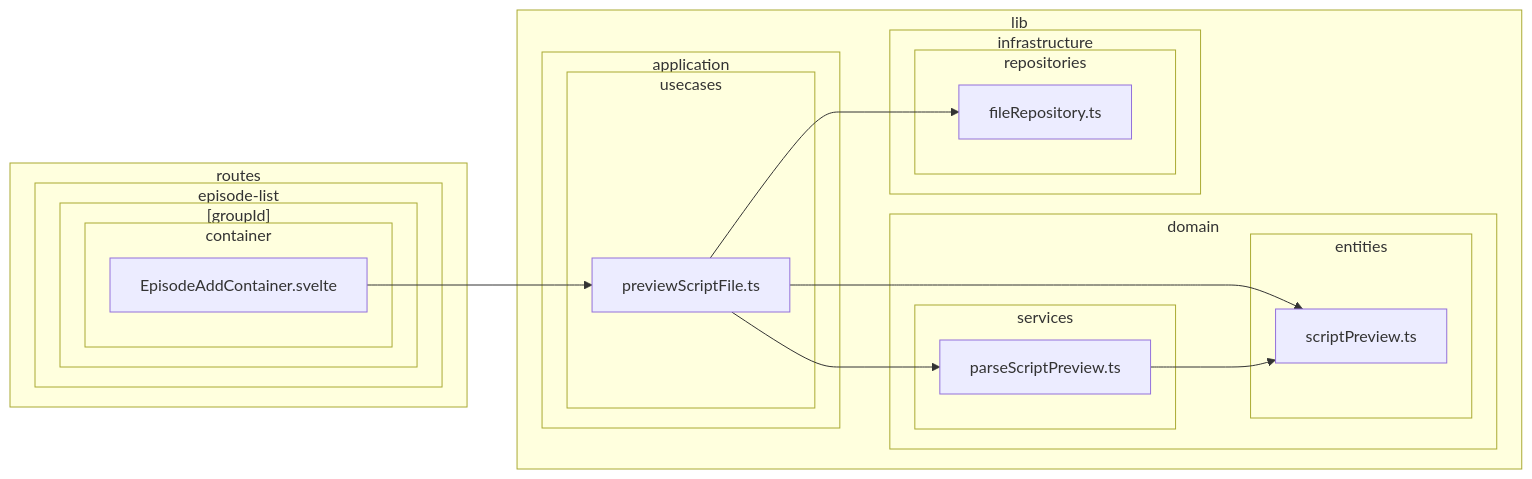
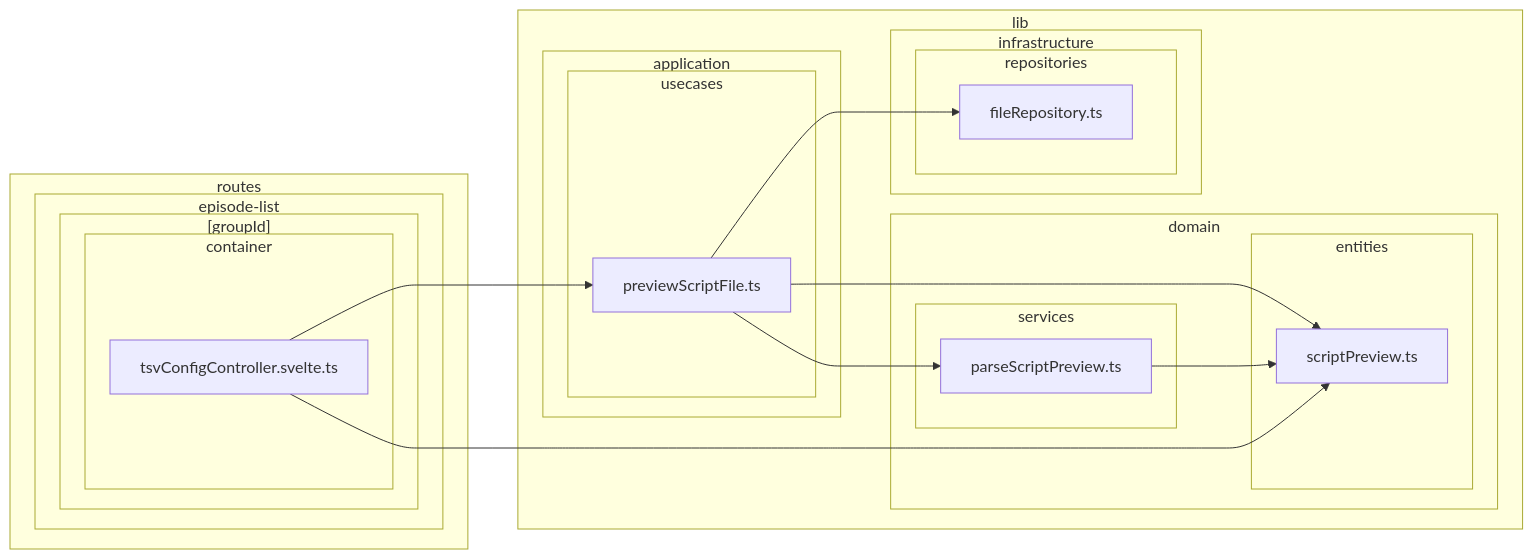
Diagram 29 of 38 in doc/dependency-graph.md (k5n/kotonoha), drawn with Mermaid before and after one commit. The commit also changed other lines of this file and 6 other files, not shown here.

Commit message:
refactor: remove tsvConfigStore and implement tsvConfigController for improved state management in episode components

````diff
--- a/doc/dependency-graph.md
+++ b/doc/dependency-graph.md
@@ -1222,37 +1223,38 @@
 ```mermaid
 graph LR
         subgraph sg_lib ["lib"]
             subgraph sg_lib_application ["application"]
                 subgraph sg_lib_application_usecases ["usecases"]
                     src_lib_application_usecases_previewScriptFile_ts["previewScriptFile.ts"]
                 end
             end
             subgraph sg_lib_domain ["domain"]
                 subgraph sg_lib_domain_entities ["entities"]
                     src_lib_domain_entities_scriptPreview_ts["scriptPreview.ts"]
                 end
                 subgraph sg_lib_domain_services ["services"]
                     src_lib_domain_services_parseScriptPreview_ts["parseScriptPreview.ts"]
                 end
             end
             subgraph sg_lib_infrastructure ["infrastructure"]
                 subgraph sg_lib_infrastructure_repositories ["repositories"]
                     src_lib_infrastructure_repositories_fileRepository_ts["fileRepository.ts"]
                 end
             end
         end
         subgraph sg_routes ["routes"]
             subgraph sg_routes_episode_list ["episode-list"]
                 subgraph sg_routes_episode_list__groupId_ ["[groupId]"]
                     subgraph sg_routes_episode_list__groupId__container ["container"]
-                        src_routes_episode_list__groupId__container_EpisodeAddContainer_svelte["EpisodeAddContainer.svelte"]
+                        src_routes_episode_list__groupId__container_tsvConfigController_svelte_ts["tsvConfigController.svelte.ts"]
                     end
                 end
             end
         end
     src_lib_application_usecases_previewScriptFile_ts --> src_lib_domain_entities_scriptPreview_ts
     src_lib_application_usecases_previewScriptFile_ts --> src_lib_domain_services_parseScriptPreview_ts
     src_lib_application_usecases_previewScriptFile_ts --> src_lib_infrastructure_repositories_fileRepository_ts
     src_lib_domain_services_parseScriptPreview_ts --> src_lib_domain_entities_scriptPreview_ts
-    src_routes_episode_list__groupId__container_EpisodeAddContainer_svelte --> src_lib_application_usecases_previewScriptFile_ts
+    src_routes_episode_list__groupId__container_tsvConfigController_svelte_ts --> src_lib_application_usecases_previewScriptFile_ts
+    src_routes_episode_list__groupId__container_tsvConfigController_svelte_ts --> src_lib_domain_entities_scriptPreview_ts
 ```
````
